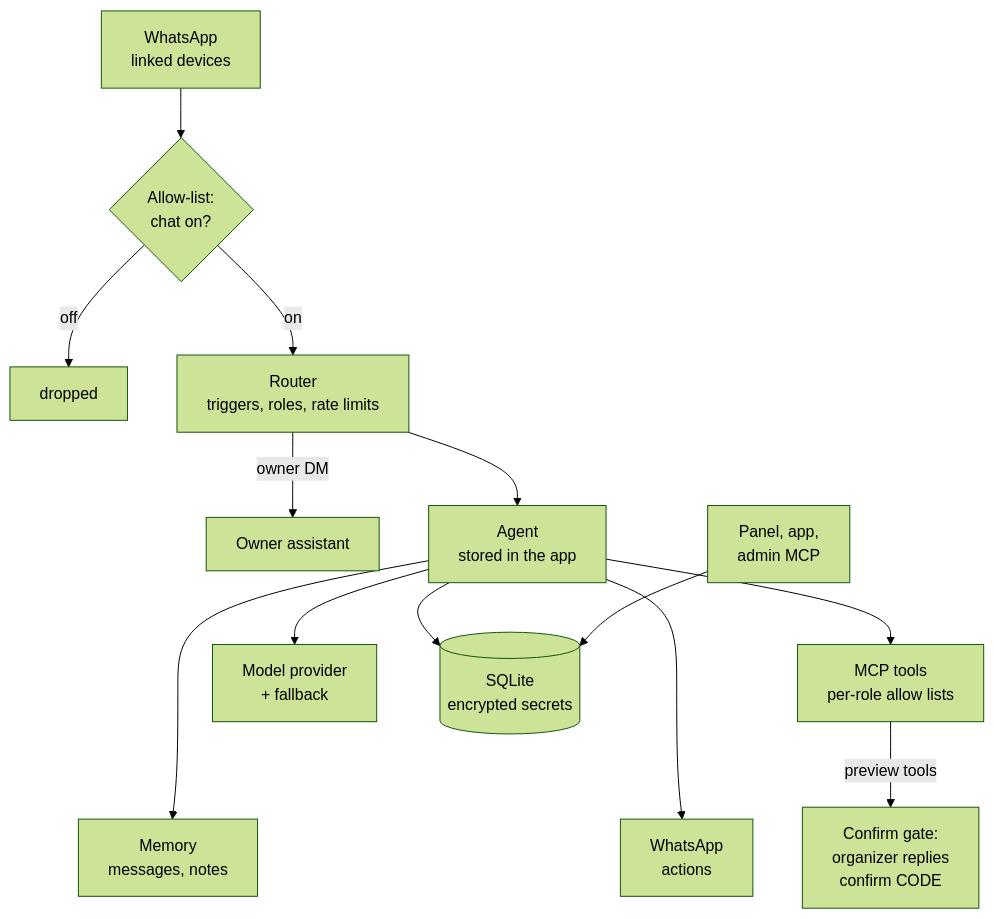
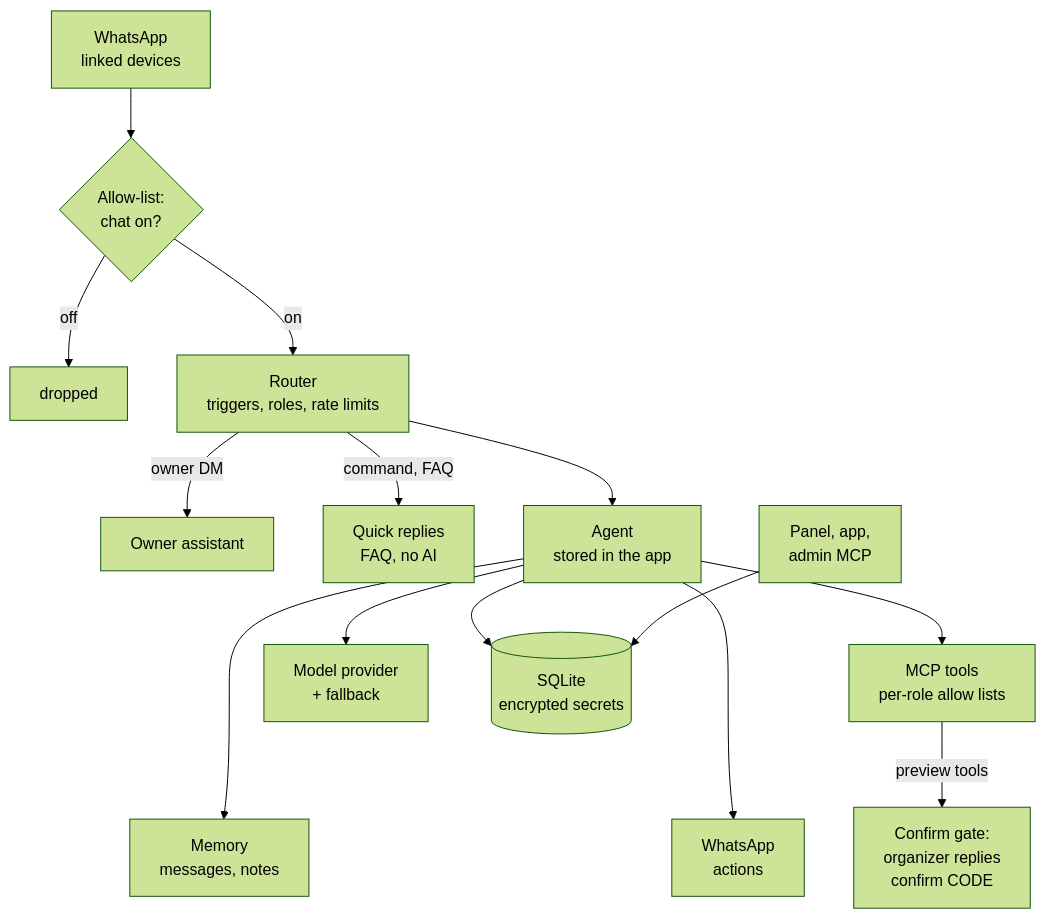
Before and after one commit to vikramgorla/duniya: the diagram in docs/diagrams/architecture.mmd, drawn with Mermaid (forest theme). The commit also changed 48 other files, not shown here.

```diff
--- a/docs/diagrams/architecture.mmd
+++ b/docs/diagrams/architecture.mmd
@@ -1,15 +1,16 @@
 flowchart TD
   WA["WhatsApp<br/>linked devices"] --> AL{"Allow-list:<br/>chat on?"}
   AL -- "off" --> X["dropped"]
   AL -- "on" --> R["Router<br/>triggers, roles, rate limits"]
   R -- "owner DM" --> OA["Owner assistant"]
+  R -- "command, FAQ" --> Q["Quick replies<br/>FAQ, no AI"]
   R --> AG["Agent<br/>stored in the app"]
   AG --> M["Model provider<br/>+ fallback"]
   AG --> T["MCP tools<br/>per-role allow lists"]
   AG --> W["WhatsApp<br/>actions"]
   T -- "preview tools" --> CG["Confirm gate:<br/>organizer replies<br/>confirm CODE"]
   M ~~~ MEM
   M ~~~ W
   AG --> MEM["Memory<br/>messages, notes"]
   AG --> DB[("SQLite<br/>encrypted secrets")]
   P["Panel, app,<br/>admin MCP"] --> DB
```
